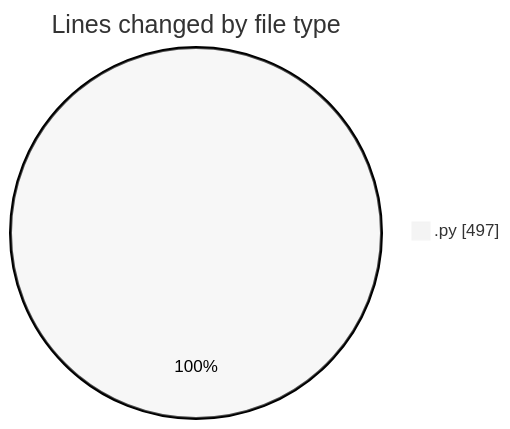
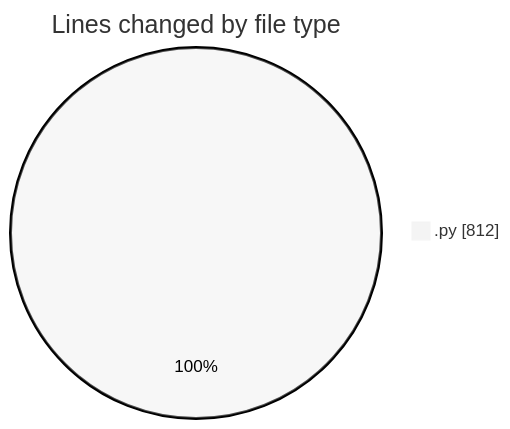
Before and after one commit to MatusMokan/code-tracking: the first of 2 diagrams in 2025-01-12/myws__workspace_/README.md, drawn with Mermaid (neutral theme). The commit also changed other lines of this file and 1 other file, not shown here.

````diff
--- a/2025-01-12/myws__workspace_/README.md
+++ b/2025-01-12/myws__workspace_/README.md
@@ -21,5 +22,5 @@
 ```mermaid
 pie showData
 title Lines changed by file type
-".py" : 497
+".py" : 812
 ```
````
